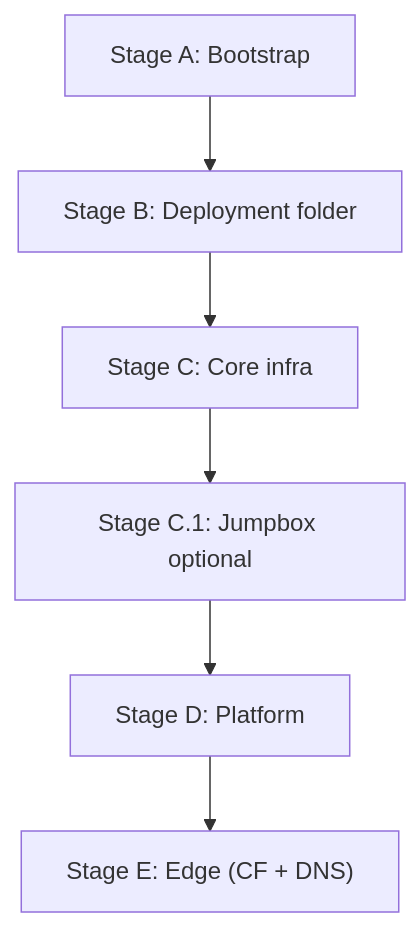
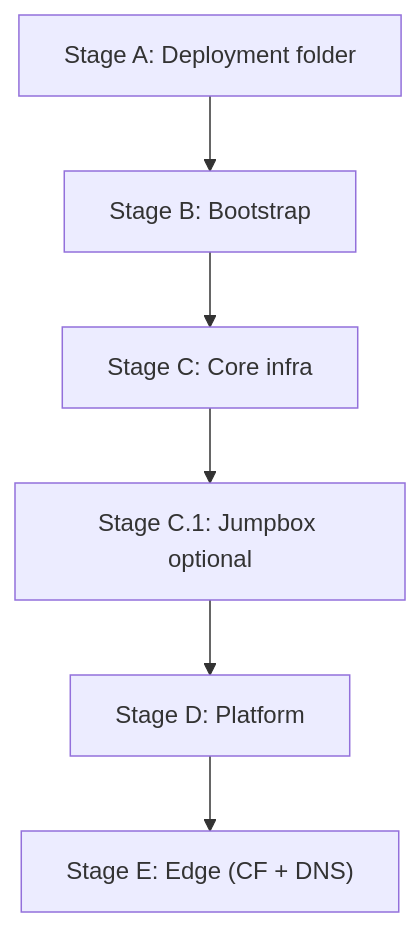
One commit to ProfiseeAdmin/kubernetes changed the second of 2 diagrams in AWS-OpenTofu/docs/00-overview.md. Above: the diagram before and after it, drawn with Mermaid. The commit also changed other lines of this file and 3 other files, not shown here.

````diff
--- a/AWS-OpenTofu/docs/00-overview.md
+++ b/AWS-OpenTofu/docs/00-overview.md
@@ -45,8 +45,8 @@
 ```mermaid
 flowchart TD
-  A["Stage A: Bootstrap"] --> B["Stage B: Deployment folder"]
+  A["Stage A: Deployment folder"] --> B["Stage B: Bootstrap"]
   B --> C["Stage C: Core infra"]
   C --> C1["Stage C.1: Jumpbox optional"]
   C1 --> D["Stage D: Platform"]
   D --> E["Stage E: Edge (CF + DNS)"]
 ```
````
